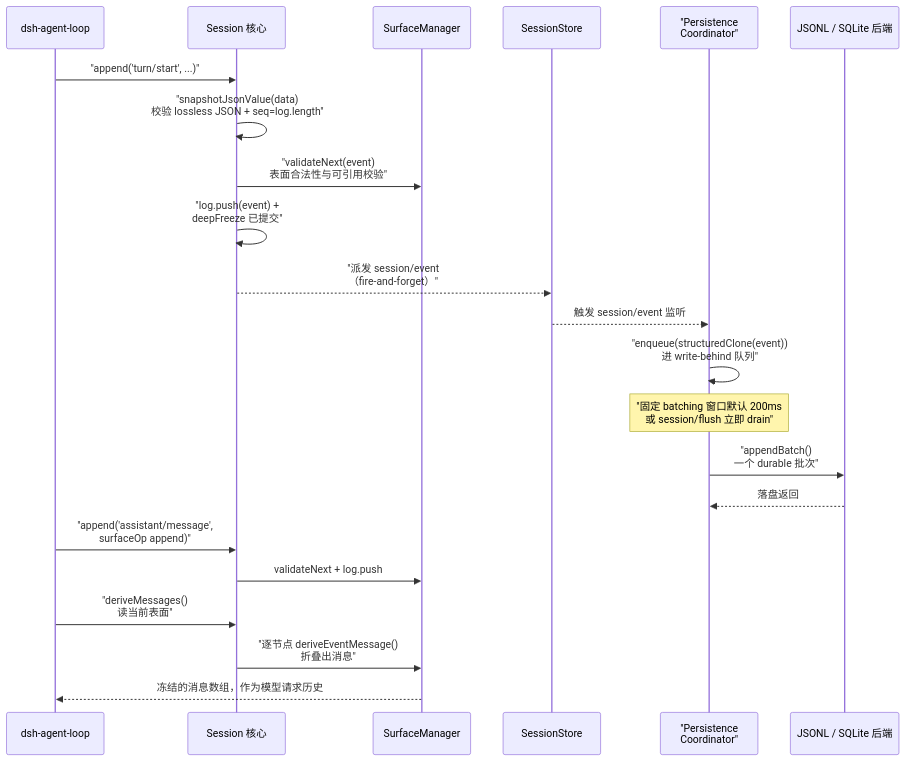
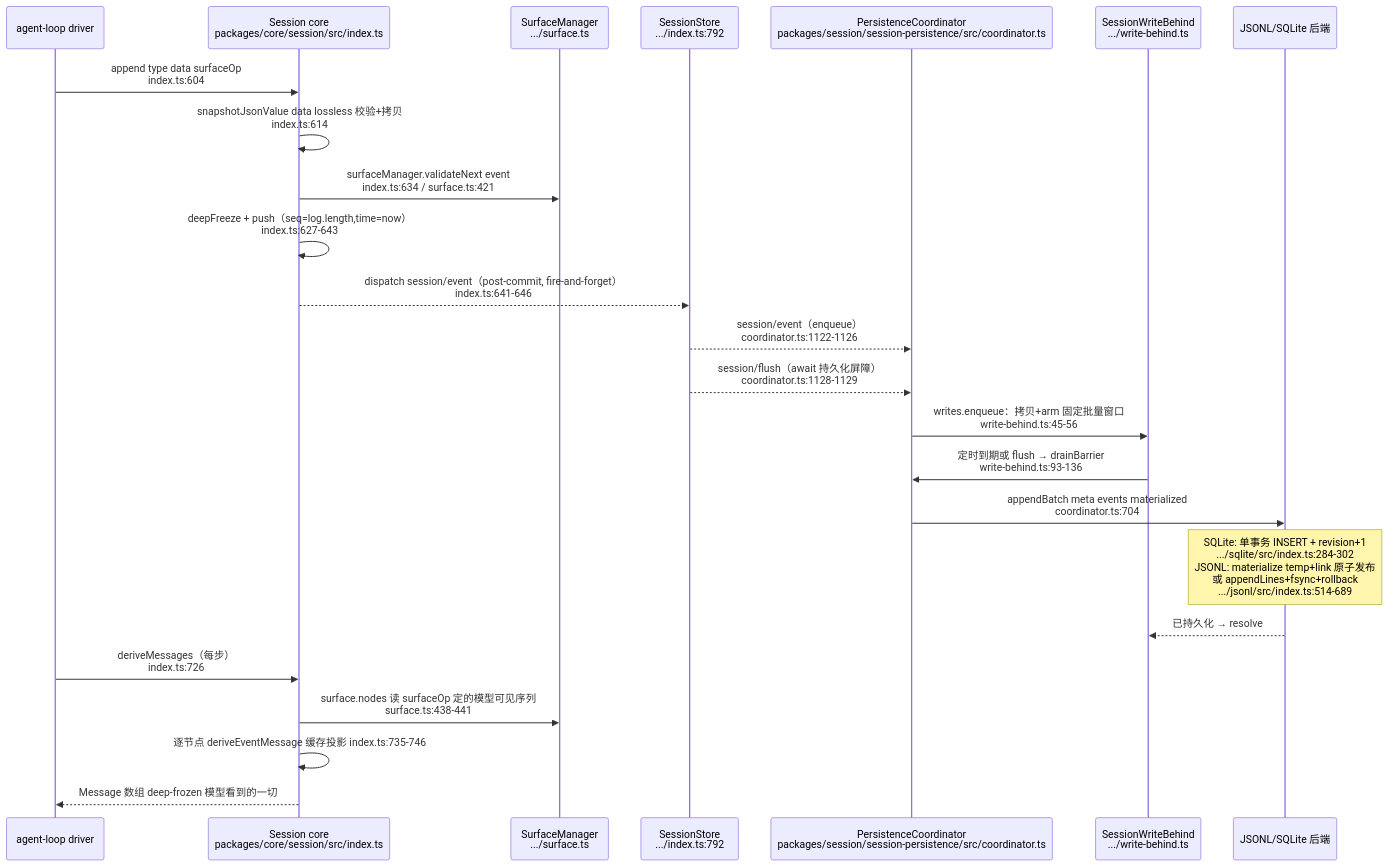
Before and after one commit to morehao/oss-insights: the first of 2 diagrams in ai-agent/deepseek-harness/session.md, drawn with Mermaid. The commit also changed other lines of this file and 22 other files, not shown here.

````diff
--- a/ai-agent/deepseek-harness/session.md
+++ b/ai-agent/deepseek-harness/session.md
@@ -242,25 +140,27 @@
 ```mermaid
 sequenceDiagram
-  participant AgentLoop as dsh-agent-loop
-  participant Session as Session 核心
-  participant SM as SurfaceManager
-  participant Store as SessionStore
-  participant Persist as "Persistence<br>Coordinator"
-  participant Backend as JSONL / SQLite 后端
+    participant Drv as agent-loop driver
+    participant S as Session core <br>packages/core/session/src/index.ts
+    participant Surf as SurfaceManager <br>.../surface.ts
+    participant Store as SessionStore <br>.../index.ts:792
+    participant Persist as PersistenceCoordinator <br>packages/session/session-persistence/src/coordinator.ts
+    participant WB as SessionWriteBehind <br>.../write-behind.ts
+    participant Backend as JSONL/SQLite 后端
 
-  AgentLoop->>Session: "append('turn/start', ...)"
-  Session->>Session: "snapshotJsonValue(data)<br>校验 lossless JSON + seq=log.length"
-  Session->>SM: "validateNext(event)<br>表面合法性与可引用校验"
-  Session->>Session: "log.push(event) +<br>deepFreeze 已提交"
-  Session-->>Store: "派发 session/event<br>（fire-and-forget）"
-  Store-->>Persist: 触发 session/event 监听
-  Persist->>Persist: "enqueue(structuredClone(event))<br>进 write-behind 队列"
-  Note over Persist: "固定 batching 窗口默认 200ms<br>或 session/flush 立即 drain"
-  Persist->>Backend: "appendBatch()<br>一个 durable 批次"
-  Backend-->>Persist: 落盘返回
-  AgentLoop->>Session: "append('assistant/message',<br>surfaceOp append)"
-  Session->>SM: validateNext + log.push
-  AgentLoop->>Session: "deriveMessages()<br>读当前表面"
-  Session->>SM: "逐节点 deriveEventMessage()<br>折叠出消息"
-  SM-->>AgentLoop: 冻结的消息数组，作为模型请求历史
+    Drv->>S: append type data surfaceOp <br>index.ts:604
+    S->>S: snapshotJsonValue data lossless 校验+拷贝 <br>index.ts:614
+    S->>Surf: surfaceManager.validateNext event <br>index.ts:634 / surface.ts:421
+    S->>S: deepFreeze + push（seq=log.length,time=now） <br>index.ts:627-643
+    S-->>Store: dispatch session/event（post-commit, fire-and-forget） <br>index.ts:641-646
+    Store-->>Persist: session/event（enqueue） <br>coordinator.ts:1122-1126
+    Store-->>Persist: session/flush（await 持久化屏障） <br>coordinator.ts:1128-1129
+    Persist->>WB: writes.enqueue：拷贝+arm 固定批量窗口 <br>write-behind.ts:45-56
+    WB->>Persist: 定时到期或 flush → drainBarrier <br>write-behind.ts:93-136
+    Persist->>Backend: appendBatch meta events materialized <br>coordinator.ts:704
+    Note over Backend: SQLite: 单事务 INSERT + revision+1 <br>.../sqlite/src/index.ts:284-302 <br>JSONL: materialize temp+link 原子发布 <br>或 appendLines+fsync+rollback <br>.../jsonl/src/index.ts:514-689
+    Backend-->>WB: 已持久化 → resolve
+    Drv->>S: deriveMessages（每步） <br>index.ts:726
+    S->>Surf: surface.nodes 读 surfaceOp 定的模型可见序列 <br>surface.ts:438-441
+    S->>S: 逐节点 deriveEventMessage 缓存投影 index.ts:735-746
+    S-->>Drv: Message 数组 deep-frozen 模型看到的一切
 ```
````
